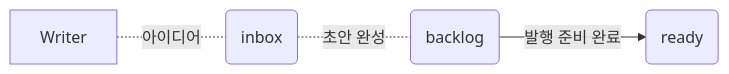
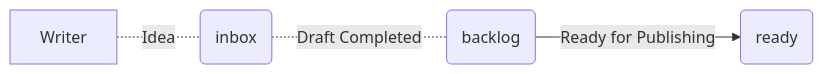
One commit to songkg7/songkg7.github.io changed the third of 4 diagrams in i18n/en/docusaurus-plugin-content-blog/2023-04-19/blog-posting-pipeline.md. Above: the diagram before and after it, drawn with Mermaid. The commit also changed other lines of this file and 4 other files, not shown here.

````diff
--- a/i18n/en/docusaurus-plugin-content-blog/2023-04-19/blog-posting-pipeline.md
+++ b/i18n/en/docusaurus-plugin-content-blog/2023-04-19/blog-posting-pipeline.md
@@ -61,5 +61,5 @@
 ```mermaid
 flowchart LR
-    Writer -. 아이디어 .- inbox(inbox) -. 초안 완성 .- backlog(backlog)
-    backlog -- 발행 준비 완료 --> ready(ready)
+    Writer -. Idea .- inbox(inbox) -. Draft Completed .- backlog(backlog)
+    backlog -- Ready for Publishing --> ready(ready)
 ```
````
